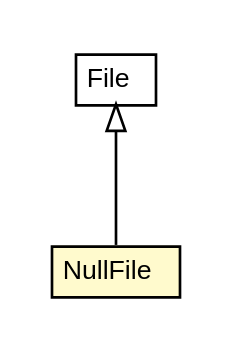
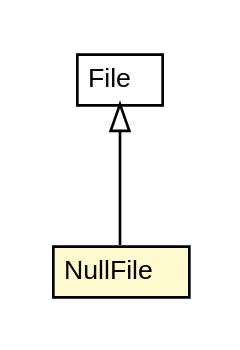
One commit to trajano/jetng changed the diagram in jetng-core/apidocs/net/trajano/jetng/internal/NullFile.dot. Above: the diagram before and after it, drawn with Graphviz. The commit also changed 185 other files, not shown here.

```diff
--- a/jetng-core/apidocs/net/trajano/jetng/internal/NullFile.dot
+++ b/jetng-core/apidocs/net/trajano/jetng/internal/NullFile.dot
@@ -1,26 +1,26 @@
 #!/usr/local/bin/dot
 #
 # Class diagram 
 # Generated by UMLGraph version R5_6-24-gf6e263 (http://www.umlgraph.org/)
 #
 
 digraph G {
-	edge [fontname="arial",fontsize=10,labelfontname="arial",labelfontsize=10];
-	node [fontname="arial",fontsize=10,shape=plaintext];
+	edge [fontname="Helvetica",fontsize=10,labelfontname="Helvetica",labelfontsize=10];
+	node [fontname="Helvetica",fontsize=10,shape=plaintext];
 	nodesep=0.25;
 	ranksep=0.5;
 	// net.trajano.jetng.internal.NullFile
-	c132 [label=<<table title="net.trajano.jetng.internal.NullFile" border="0" cellborder="1" cellspacing="0" cellpadding="2" port="p" bgcolor="lemonChiffon" href="./NullFile.html">
+	c134 [label=<<table title="net.trajano.jetng.internal.NullFile" border="0" cellborder="1" cellspacing="0" cellpadding="2" port="p" bgcolor="lemonChiffon" href="./NullFile.html">
 		<tr><td><table border="0" cellspacing="0" cellpadding="1">
 <tr><td align="center" balign="center"> NullFile </td></tr>
 		</table></td></tr>
-		</table>>, URL="./NullFile.html", fontname="arial", fontcolor="black", fontsize=10.0];
+		</table>>, URL="./NullFile.html", fontname="Helvetica", fontcolor="black", fontsize=10.0];
 	//net.trajano.jetng.internal.NullFile extends java.io.File
-	c137:p -> c132:p [dir=back,arrowtail=empty];
+	c137:p -> c134:p [dir=back,arrowtail=empty];
 	// java.io.File
 	c137 [label=<<table title="java.io.File" border="0" cellborder="1" cellspacing="0" cellpadding="2" port="p" href="http://java.sun.com/j2se/1.4.2/docs/api/java/io/File.html">
 		<tr><td><table border="0" cellspacing="0" cellpadding="1">
 <tr><td align="center" balign="center"> File </td></tr>
 		</table></td></tr>
-		</table>>, URL="http://java.sun.com/j2se/1.4.2/docs/api/java/io/File.html", fontname="arial", fontcolor="black", fontsize=10.0];
+		</table>>, URL="http://java.sun.com/j2se/1.4.2/docs/api/java/io/File.html", fontname="Helvetica", fontcolor="black", fontsize=10.0];
 }
```
